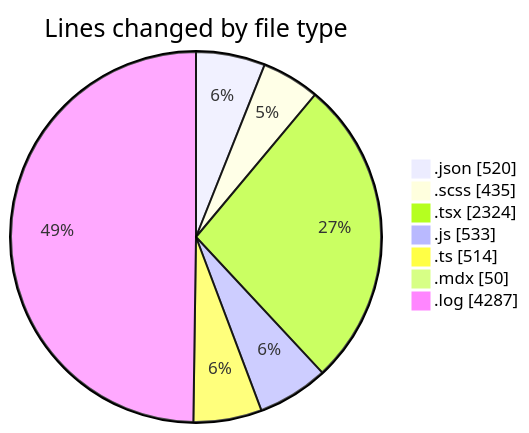
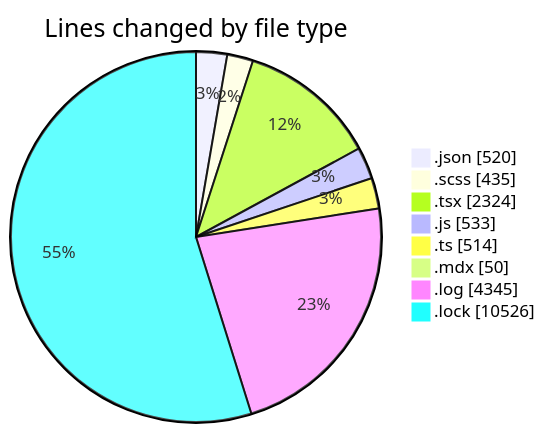
One commit to momahboobian/code-tracking changed the first of 2 diagrams in 2026-04-20/cda/README.md. Above: the diagram before and after it, drawn with Mermaid. The commit also changed other lines of this file and 1 other file, not shown here.

````diff
--- a/2026-04-20/cda/README.md
+++ b/2026-04-20/cda/README.md
@@ -40,11 +41,12 @@
 ```mermaid
 pie showData
 title Lines changed by file type
 ".json" : 520
 ".scss" : 435
 ".tsx" : 2324
 ".js" : 533
 ".ts" : 514
 ".mdx" : 50
-".log" : 4287
+".log" : 4345
+".lock" : 10526
 ```
````
